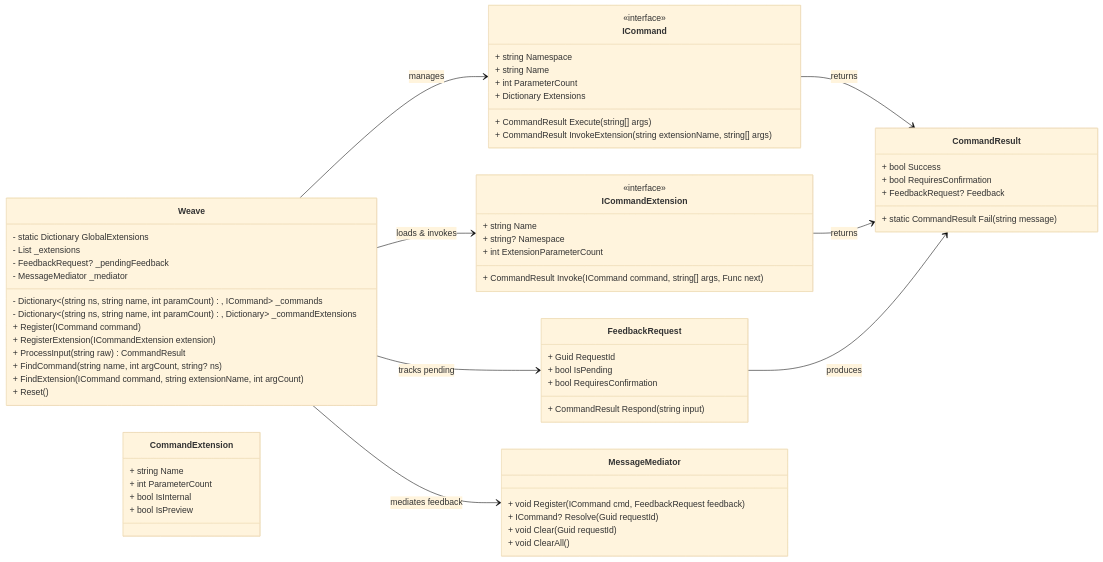
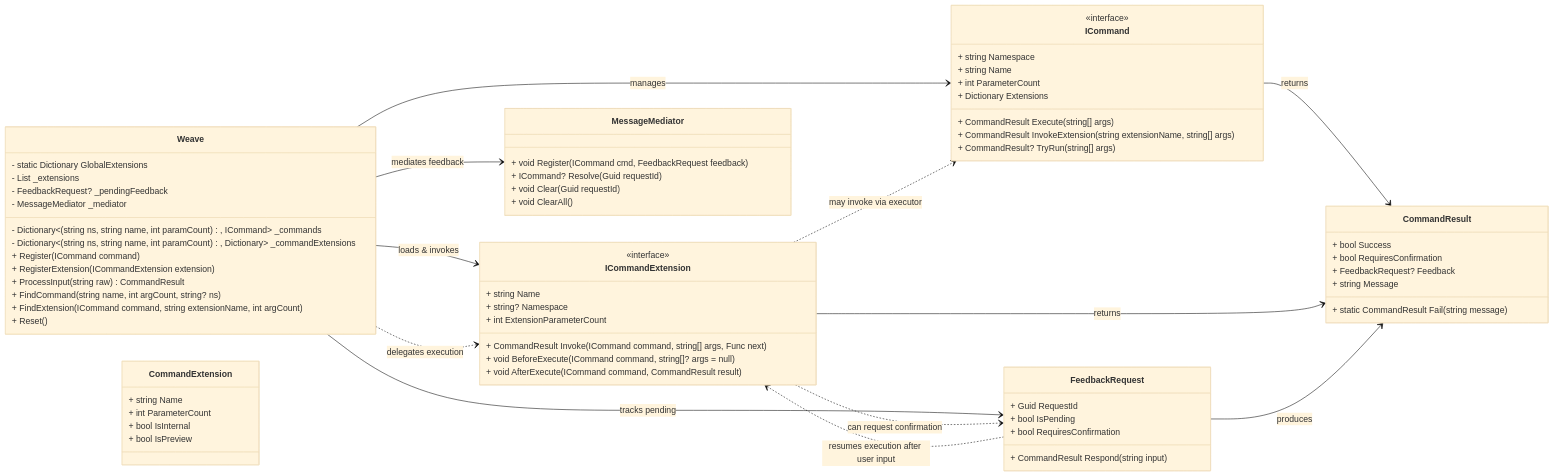
Before and after one commit to LoneWandererProductions/Lector: the diagram in README.md, drawn with Mermaid (base theme). The commit also changed 2 other files, not shown here.

Commit message:
Improve documentation more

````diff
--- a/README.md
+++ b/README.md
@@ -75,6 +75,7 @@
         + Dictionary<string, int> Extensions
         + CommandResult Execute(string[] args)
         + CommandResult InvokeExtension(string extensionName, string[] args)
+        + CommandResult? TryRun(string[] args)
     }
 
     class ICommandExtension {
@@ -83,6 +84,8 @@
         + string? Namespace
         + int ExtensionParameterCount
         + CommandResult Invoke(ICommand command, string[] args, Func<string[], CommandResult> next)
+        + void BeforeExecute(ICommand command, string[]? args = null)
+        + void AfterExecute(ICommand command, CommandResult result)
     }
 
     class CommandExtension {
@@ -96,6 +99,7 @@
         + bool Success
         + bool RequiresConfirmation
         + FeedbackRequest? Feedback
+        + string Message
         + static CommandResult Fail(string message)
     }
 
@@ -113,11 +117,19 @@
         + void ClearAll()
     }
 
+    %% Relationships
     Weave --> ICommand : manages
     Weave --> ICommandExtension : loads & invokes
     Weave --> MessageMediator : mediates feedback
     Weave --> FeedbackRequest : tracks pending
+
     ICommand --> CommandResult : returns
     ICommandExtension --> CommandResult : returns
     FeedbackRequest --> CommandResult : produces
+
+    %% Execution flow
+    Weave ..> ICommandExtension : delegates execution
+    ICommandExtension ..> ICommand : may invoke via executor
+    ICommandExtension ..> FeedbackRequest : can request confirmation
+    FeedbackRequest ..> ICommandExtension : resumes execution after user input
 ```
````
